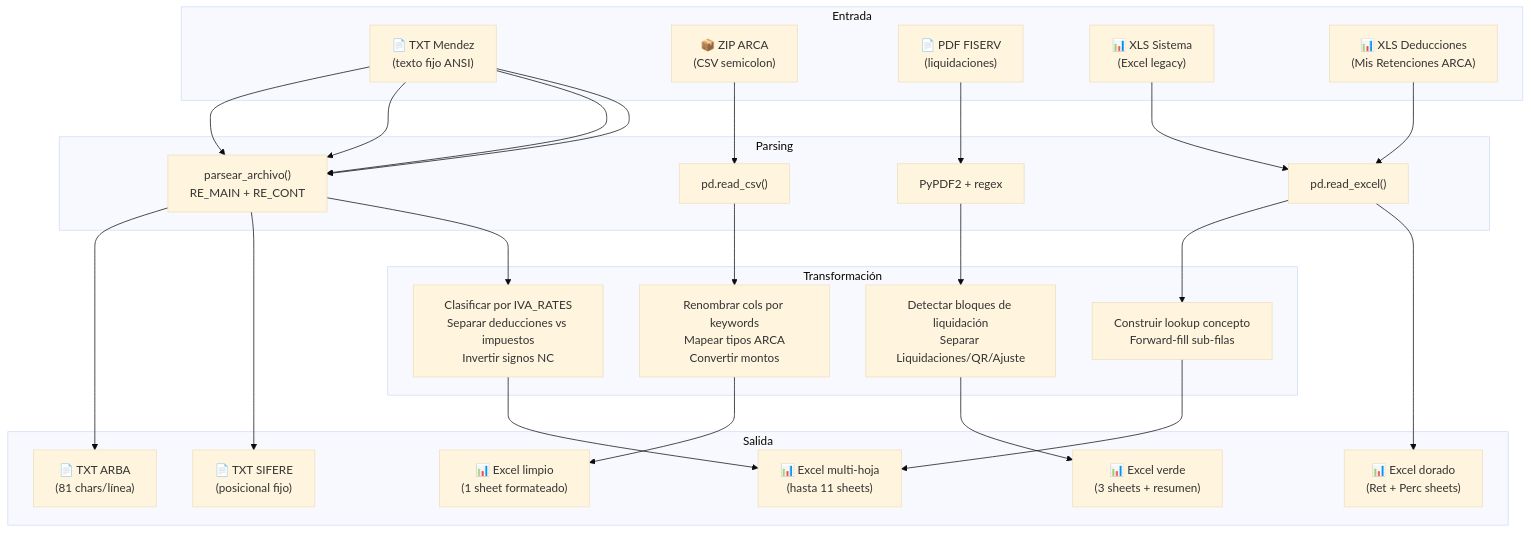
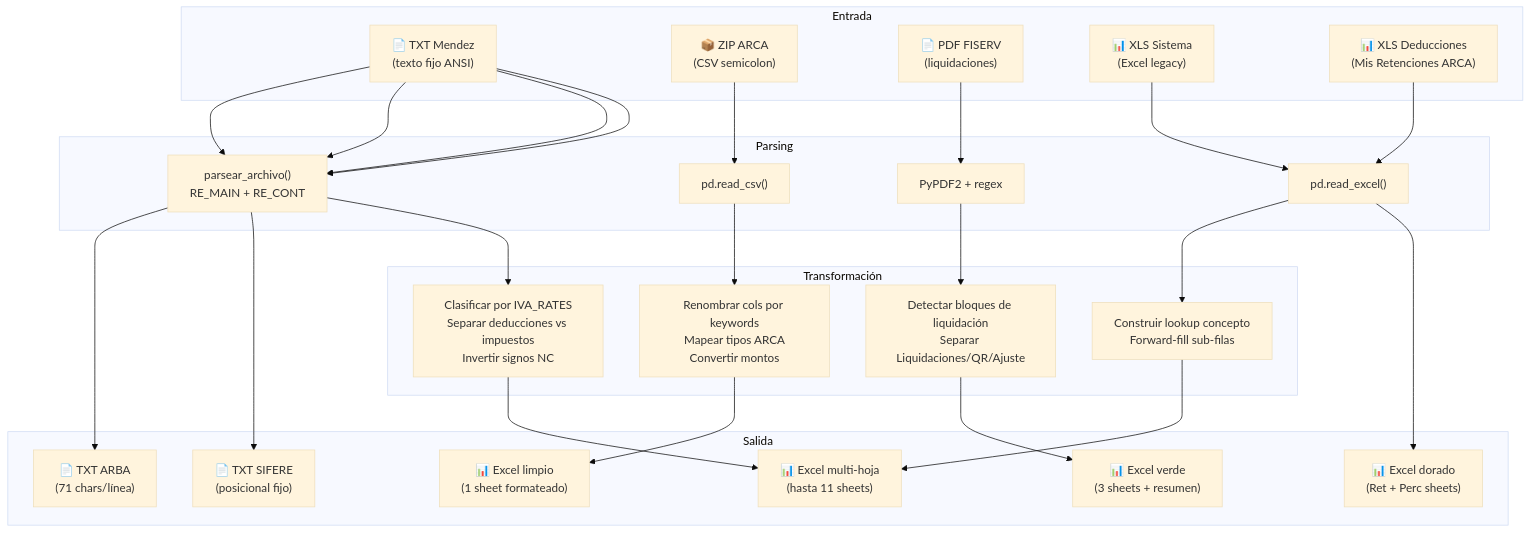
Before and after one commit to capano-andres/movimientos-a-excel: the fourth of 4 diagrams in DOCUMENTACION.md, drawn with Mermaid (base theme). The commit also changed other lines of this file and 2 other files, not shown here.

````diff
--- a/DOCUMENTACION.md
+++ b/DOCUMENTACION.md
@@ -689,42 +700,42 @@
 ```mermaid
 flowchart TB
     subgraph "Entrada"
         TXT["📄 TXT Mendez<br/>(texto fijo ANSI)"]
         ZIP["📦 ZIP ARCA<br/>(CSV semicolon)"]
         PDF["📄 PDF FISERV<br/>(liquidaciones)"]
         XLS["📊 XLS Sistema<br/>(Excel legacy)"]
         DED["📊 XLS Deducciones<br/>(Mis Retenciones ARCA)"]
     end
 
     subgraph "Parsing"
         P1["parsear_archivo()<br/>RE_MAIN + RE_CONT"]
         P2["pd.read_csv()"]
         P3["PyPDF2 + regex"]
         P4["pd.read_excel()"]
     end
 
     subgraph "Transformación"
         T1["Clasificar por IVA_RATES<br/>Separar deducciones vs impuestos<br/>Invertir signos NC"]
         T2["Renombrar cols por keywords<br/>Mapear tipos ARCA<br/>Convertir montos"]
         T3["Detectar bloques de liquidación<br/>Separar Liquidaciones/QR/Ajuste"]
         T4["Construir lookup concepto<br/>Forward-fill sub-filas"]
     end
 
     subgraph "Salida"
         E1["📊 Excel multi-hoja<br/>(hasta 11 sheets)"]
         E2["📊 Excel limpio<br/>(1 sheet formateado)"]
         E3["📊 Excel verde<br/>(3 sheets + resumen)"]
         E4["📊 Excel dorado<br/>(Ret + Perc sheets)"]
         S1["📄 TXT SIFERE<br/>(posicional fijo)"]
-        S2["📄 TXT ARBA<br/>(81 chars/línea)"]
+        S2["📄 TXT ARBA<br/>(71 chars/línea)"]
     end
 
     TXT --> P1 --> T1 --> E1
     TXT --> P1 --> S1
     TXT --> P1 --> S2
     ZIP --> P2 --> T2 --> E2
     PDF --> P3 --> T3 --> E3
     DED --> P4 --> E4
     TXT --> P1
     XLS --> P4 --> T4 --> E1
 ```
````
